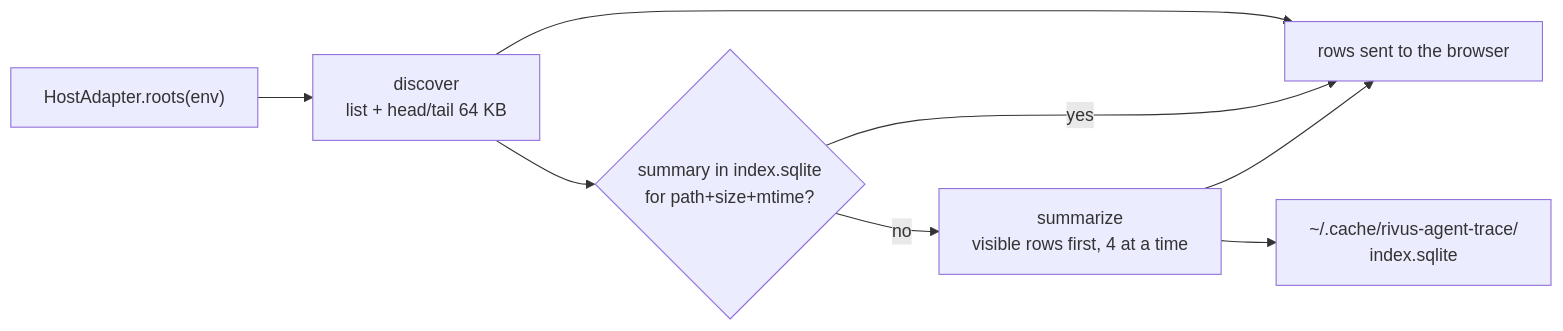
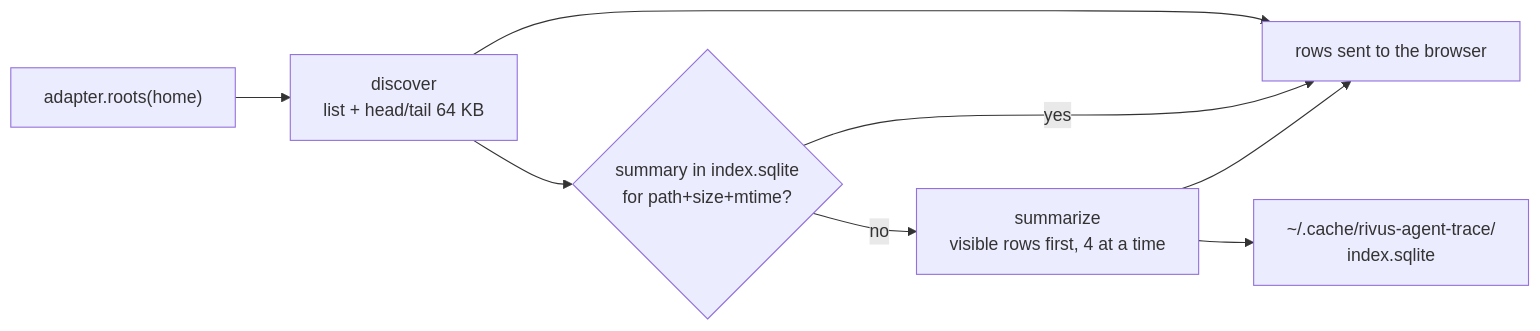
Before and after one commit to PerfectPan/estela: the third of 4 diagrams in docs/plans/0001-external-release.md, drawn with Mermaid. The commit also changed other lines of this file and 146 other files, not shown here.

````diff
--- a/docs/plans/0001-external-release.md
+++ b/docs/plans/0001-external-release.md
@@ -442,10 +441,10 @@
 ```mermaid
 flowchart LR
-  roots["HostAdapter.roots(env)"] --> disc["discover<br/>list + head/tail 64 KB"]
+  roots["adapter.roots(home)"] --> disc["discover<br/>list + head/tail 64 KB"]
   disc --> rows["rows sent to the browser"]
   disc --> q{"summary in index.sqlite<br/>for path+size+mtime?"}
   q -- "yes" --> rows
   q -- "no" --> sum["summarize<br/>visible rows first, 4 at a time"]
   sum --> db["~/.cache/rivus-agent-trace/<br/>index.sqlite"]
   sum --> rows
 ```
````
